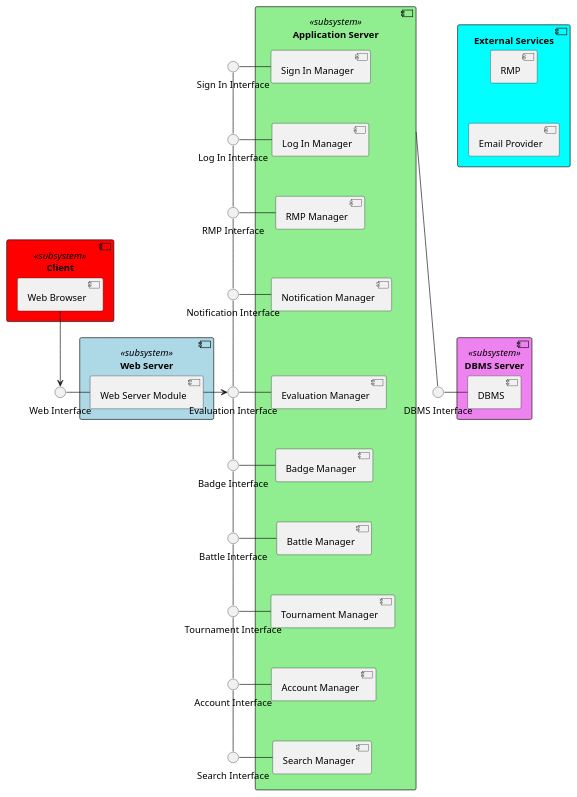
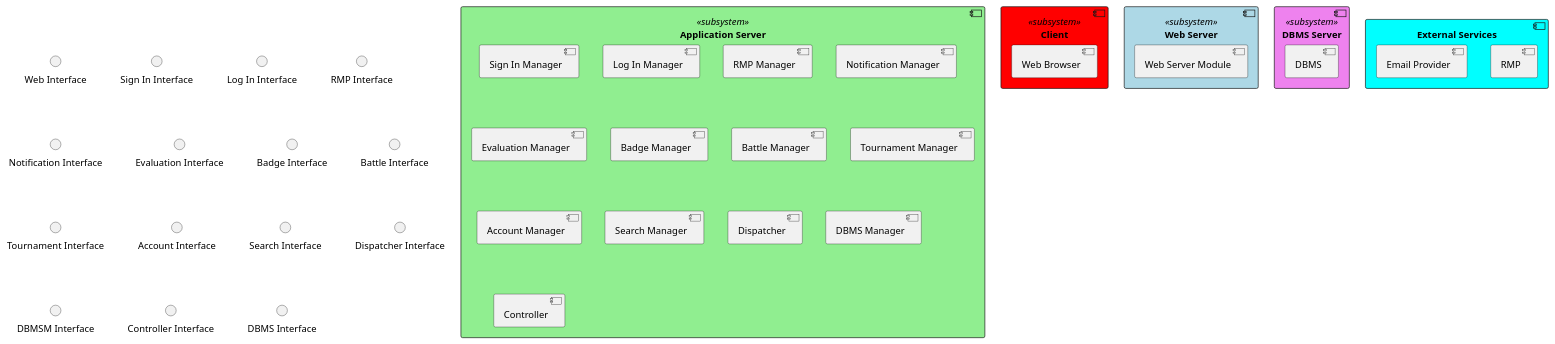
One commit to Angelo7672/SE2_Requirement-and-Design-Document changed the diagram in _DD/Images/componentDiagrams/componentDiagram.wsd. Above: the diagram before and after it, drawn with PlantUML. The commit also changed 6 other files, not shown here.

Commit message:
sequence and component update

```diff
--- a/_DD/Images/componentDiagrams/componentDiagram.wsd
+++ b/_DD/Images/componentDiagrams/componentDiagram.wsd
@@ -1,91 +1,113 @@
 @startuml
+
 component Client <<subsystem>> #Red{
     component "Web Browser"
-    'portout p1
 }
 
-component "Web Server" <<subsystem>> #LightBlue{
+component "Web Server" as w <<subsystem>> #LightBlue{
     component "Web Server Module"  
 }
 
 interface "Web Interface"
 
-'WebBrowser --> p1
-'p1 -> [Web Interface]
-[Web Browser] --> [Web Interface]
-[Web Interface] - [Web Server Module]
+'[Web Browser] --> [Web Interface]
+'[Web Interface] - [Web Server Module]
 
 component "Application Server" as AppServer <<subsystem>> #LightGreen{
     component "Sign In Manager"
     component "Log In Manager"
     component "RMP Manager"
     component "Notification Manager"
     component "Evaluation Manager"
     component "Badge Manager"
     component "Battle Manager"
     component "Tournament Manager"
     component "Account Manager"
     component "Search Manager"
+    component "Dispatcher"
+    component "DBMS Manager"
+    component "Controller"
 }
-[Sign In Manager] -[hidden]- [Log In Manager]
-[Log In Manager] -[hidden]- [RMP Manager]
-[RMP Manager] -[hidden]- [Notification Manager]
-[Notification Manager] -[hidden]- [Evaluation Manager]
-[Evaluation Manager] -[hidden]- [Badge Manager]
-[Badge Manager] -[hidden]- [Battle Manager]
-[Battle Manager] -[hidden]- [Tournament Manager]
-[Tournament Manager] -[hidden]- [Account Manager]
-[Account Manager] -[hidden]- [Search Manager]
+'[Sign In Manager] -[hidden]- [Log In Manager]
+'[Log In Manager] -[hidden]- [RMP Manager]
+'[RMP Manager] -[hidden]- [Notification Manager]
+'[Notification Manager] -[hidden]- [Dispatcher]
+'[Dispatcher] -[hidden]- [Evaluation Manager]
+'[Evaluation Manager] -[hidden]- [Badge Manager]
+'[Badge Manager] -[hidden]- [Battle Manager]
+'[Battle Manager] -[hidden]- [Tournament Manager]
+'[Tournament Manager] -[hidden]- [Account Manager]
+'[Account Manager] -[hidden]- [Search Manager]
+'[DBMS Manager] -[hidden]- [Sign In Manager]
 
 interface "Sign In Interface"
-[Sign In Interface] - [Sign In Manager]
+'[Sign In Interface] - [Sign In Manager]
 interface "Log In Interface"
-[Log In Interface] - [Log In Manager]
+'[Log In Interface] - [Log In Manager]
 interface "RMP Interface"
-[RMP Interface] - [RMP Manager]
+'[RMP Interface] - [RMP Manager]
 interface "Notification Interface"
-[Notification Interface] - [Notification Manager]
+'[Notification Interface] - [Notification Manager]
 interface "Evaluation Interface"
-[Evaluation Interface] - [Evaluation Manager]
+'[Evaluation Interface] - [Evaluation Manager]
 interface "Badge Interface"
-[Badge Interface] - [Badge Manager]
+'[Badge Interface] - [Badge Manager]
 interface "Battle Interface"
-[Battle Interface] - [Battle Manager]
+'[Battle Interface] - [Battle Manager]
 interface "Tournament Interface"
-[Tournament Interface] - [Tournament Manager]
+'[Tournament Interface] - [Tournament Manager]
 interface "Account Interface"
-[Account Interface] - [Account Manager]
+'[Account Interface] - [Account Manager]
 interface "Search Interface"
-[Search Interface] - [Search Manager]
+'[Search Interface] - [Search Manager]
+interface "Dispatcher Interface"
+'[Dispatcher] - [Dispatcher Interface]
+interface "DBMSM Interface"
+'[DBMSM Interface] - [DBMS Manager]
+interface "Controller Interface"
 
-[Sign In Interface] -- [Log In Interface]
-[Log In Interface] -- [RMP Interface]
-[RMP Interface] -- [Notification Interface]
-[Notification Interface] -- [Evaluation Interface]
-[Evaluation Interface] -- [Badge Interface]
-[Badge Interface] -- [Battle Interface]
-[Battle Interface] -- [Tournament Interface]
-[Tournament Interface] -- [Account Interface]
-[Account Interface] -- [Search Interface]
+'[Sign In Interface] -- [Log In Interface]
+'[Log In Interface] -- [RMP Interface]
+'[RMP Interface] -- [Notification Interface]
+'[Notification Interface] -- [Dispatcher Interface]
+'[Dispatcher Interface] -- [Evaluation Interface]
+'[Evaluation Interface] -- [Badge Interface]
+'[Badge Interface] -- [Battle Interface]
+'[Battle Interface] -- [Tournament Interface]
+'[Tournament Interface] -- [Account Interface]
+'[Account Interface] -- [Search Interface]
+'[DBMSM Interface] -- [Sign In Interface]
 
-[Web Server Module] -> [Evaluation Interface]
 
-component "DBMS Server" <<subsystem>> #Violet{
+'[Web Server Module] -> [Dispatcher Interface]
+
+component "DBMS Server" as d <<subsystem>> #Violet{
     component DBMS
 }
 
 interface "DBMS Interface"
-[DBMS Interface] - [DBMS]
-AppServer ----- [DBMS Interface]
+'[DBMS] - [DBMS Interface]
+'[DBMS Interface] - [DBMSM Interface]
 
 
 
-component "External Services" #Cyan{
+component "External Services" as es #Cyan{
     component RMP
     component "Email Provider"
 }
-RMP -[hidden]- [Email Provider]
+'RMP -[hidden]- [Email Provider]
+
+
+'[Email Provider] <- [Notification Interface]
+'[RMP] <- [RMP Interface]
+
+
+'es -[hidden] AppServer
+'d -[hidden] AppServer
+'w -[hidden]- es
+'d -[hidden]--- w
+'Client -[hidden]- w
 
 
 
 @enduml
```
